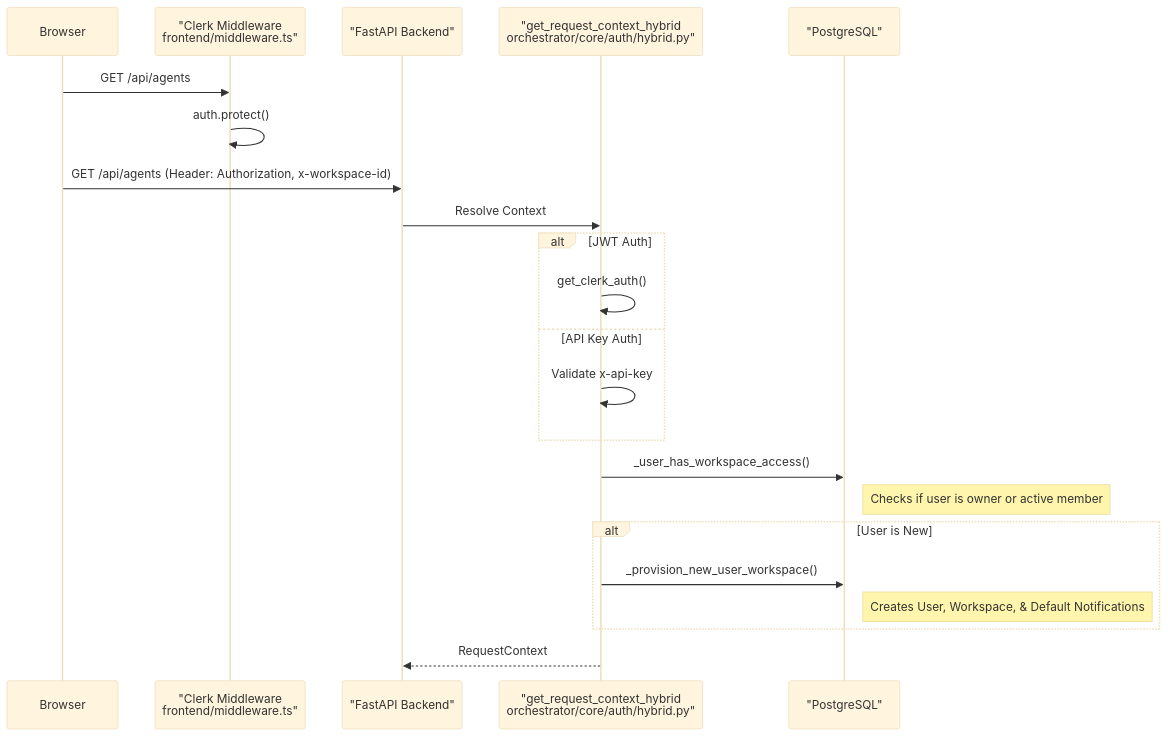
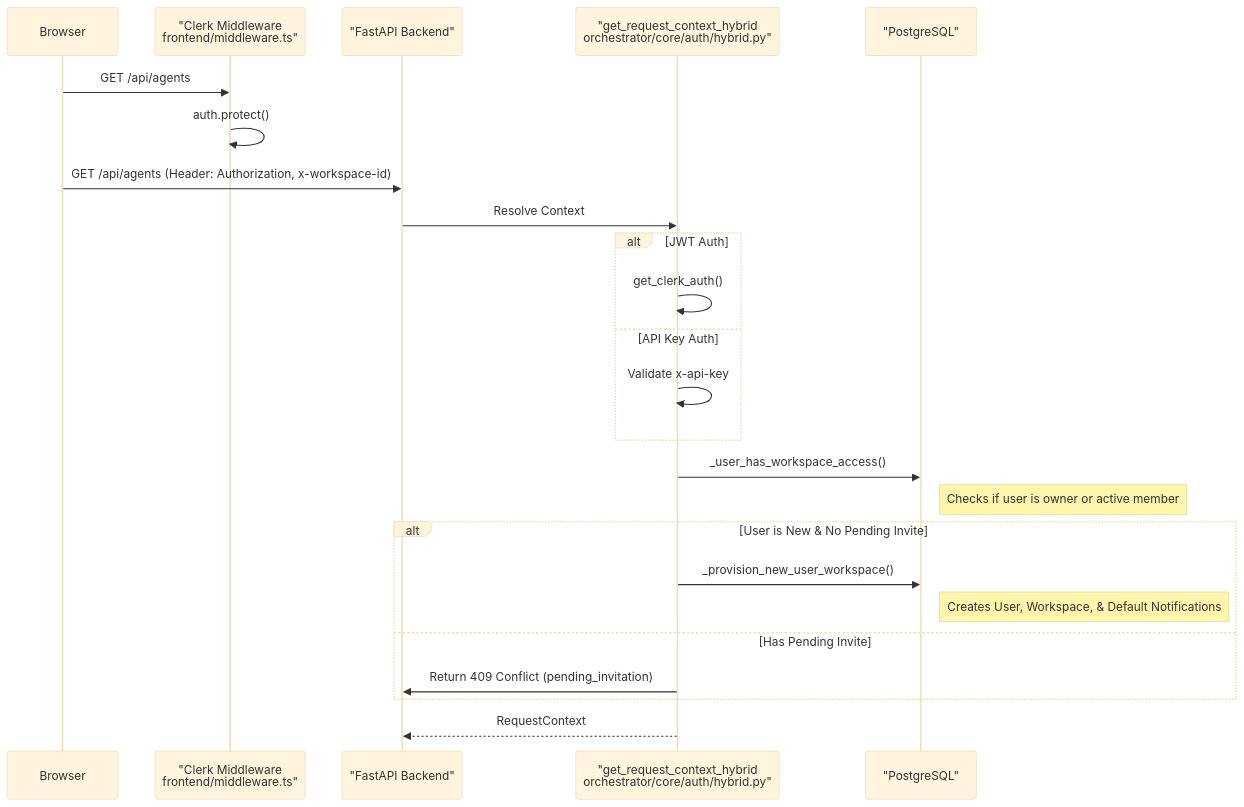
Before and after one commit to AutomatosAI/automatos-ai: the second of 2 diagrams in docs/authentication-multi-tenancy/authentication-flow.md, drawn with Mermaid (base theme). The commit also changed other lines of this file and 191 other files, not shown here.

````diff
--- a/docs/authentication-multi-tenancy/authentication-flow.md
+++ b/docs/authentication-multi-tenancy/authentication-flow.md
@@ -112,30 +143,32 @@
 ```mermaid
 sequenceDiagram
     participant Browser
     participant Middleware as "Clerk Middleware<br/>frontend/middleware.ts"
     participant Backend as "FastAPI Backend"
     participant HybridAuth as "get_request_context_hybrid<br/>orchestrator/core/auth/hybrid.py"
     participant DB as "PostgreSQL"
     
     Browser->>Middleware: GET /api/agents
     Middleware->>Middleware: auth.protect()
     
     Browser->>Backend: GET /api/agents (Header: Authorization, x-workspace-id)
     Backend->>HybridAuth: Resolve Context
     
     alt JWT Auth
         HybridAuth->>HybridAuth: get_clerk_auth()
     else API Key Auth
         HybridAuth->>HybridAuth: Validate x-api-key
     end
     
     HybridAuth->>DB: _user_has_workspace_access()
     Note right of DB: Checks if user is owner or active member
     
-    alt User is New
+    alt User is New & No Pending Invite
         HybridAuth->>DB: _provision_new_user_workspace()
         Note right of DB: Creates User, Workspace, & Default Notifications
+    else Has Pending Invite
+        HybridAuth->>Backend: Return 409 Conflict (pending_invitation)
     end
     
     HybridAuth-->>Backend: RequestContext
 ```
````
